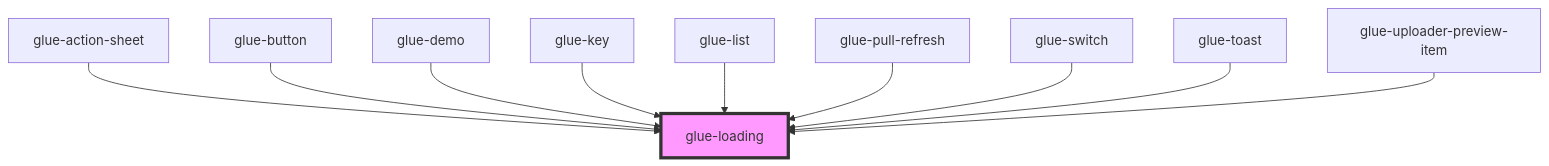
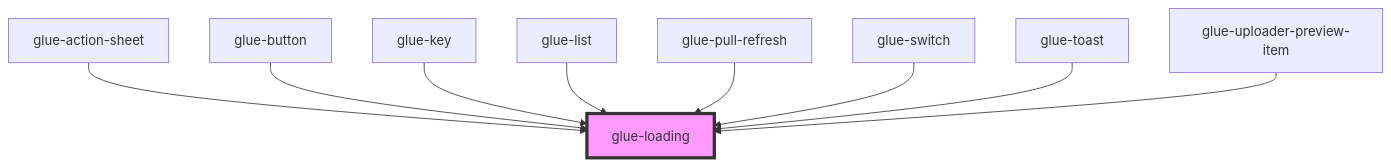
The diagram in packages/glue-components/src/components/glue-loading/readme.md (grasilife/glue), drawn with Mermaid before and after one commit. The commit also changed other lines of this file and 9 other files, not shown here.

````diff
--- a/packages/glue-components/src/components/glue-loading/readme.md
+++ b/packages/glue-components/src/components/glue-loading/readme.md
@@ -35,13 +34,12 @@
 ```mermaid
 graph TD;
   glue-action-sheet --> glue-loading
   glue-button --> glue-loading
-  glue-demo --> glue-loading
   glue-key --> glue-loading
   glue-list --> glue-loading
   glue-pull-refresh --> glue-loading
   glue-switch --> glue-loading
   glue-toast --> glue-loading
   glue-uploader-preview-item --> glue-loading
   style glue-loading fill:#f9f,stroke:#333,stroke-width:4px
 ```
````
